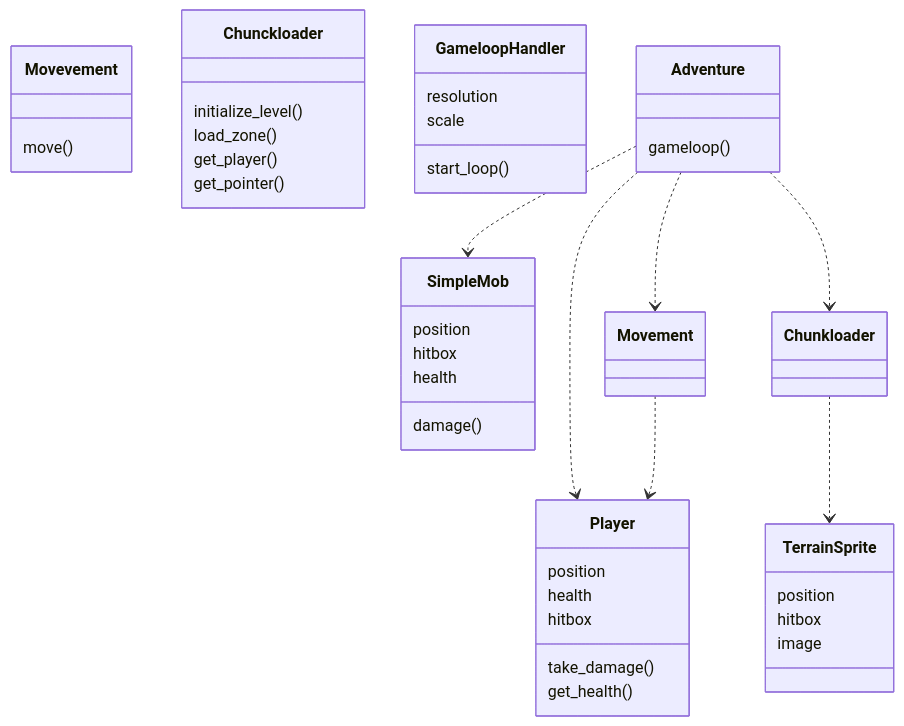
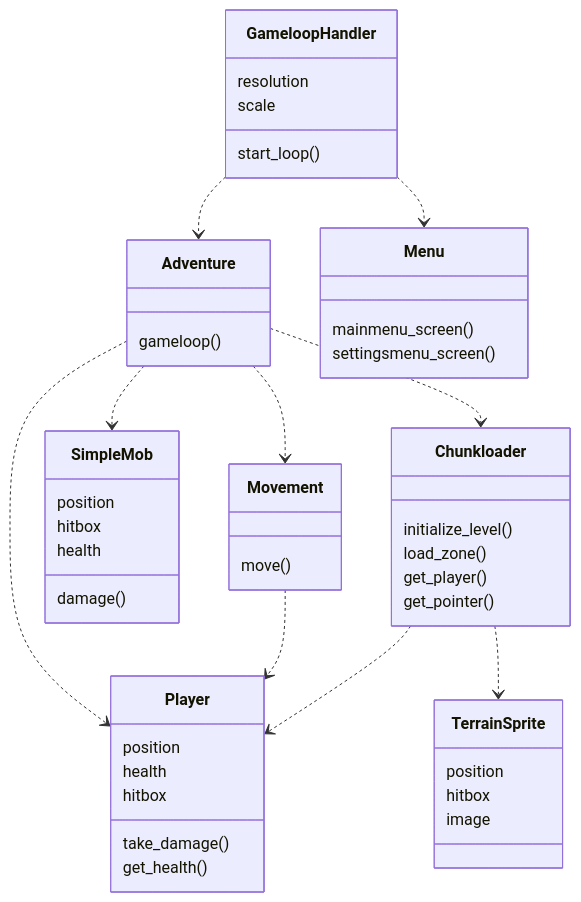
The first of 2 diagrams in Payload_adventure_game/Documentation/ArchitectureDescription.md (VehvilainenPooki/OTProjekti), drawn with Mermaid before and after one commit. The commit also changed other lines of this file, not shown here.

````diff
--- a/Payload_adventure_game/Documentation/ArchitectureDescription.md
+++ b/Payload_adventure_game/Documentation/ArchitectureDescription.md
@@ -2,44 +2,51 @@
 ```mermaid
  classDiagram
       class Player{
           position
           health
           hitbox
           take_damage()
           get_health()
       }
-      class Movevement{
+      class Movement{
           move()
       }
       class SimpleMob{
           position
           hitbox
           health
           damage()
       }
-      class Chunckloader{
+      class Chunkloader{
           initialize_level()
           load_zone()
           get_player()
           get_pointer()
       }
       class TerrainSprite{
           position
           hitbox
           image
       }
       class GameloopHandler{
           resolution
           scale
           start_loop()
       }
       class Adventure{
           gameloop()
       }
+      class Menu{
+      mainmenu_screen()
+      settingsmenu_screen()
+      }
+      GameloopHandler ..> Menu
+      GameloopHandler ..> Adventure
       Adventure ..> Player
       Adventure ..> Movement
       Adventure ..> SimpleMob
       Adventure ..> Chunkloader
       Movement ..> Player
       Chunkloader ..> TerrainSprite
+      Chunkloader ..> Player
 ```
````
